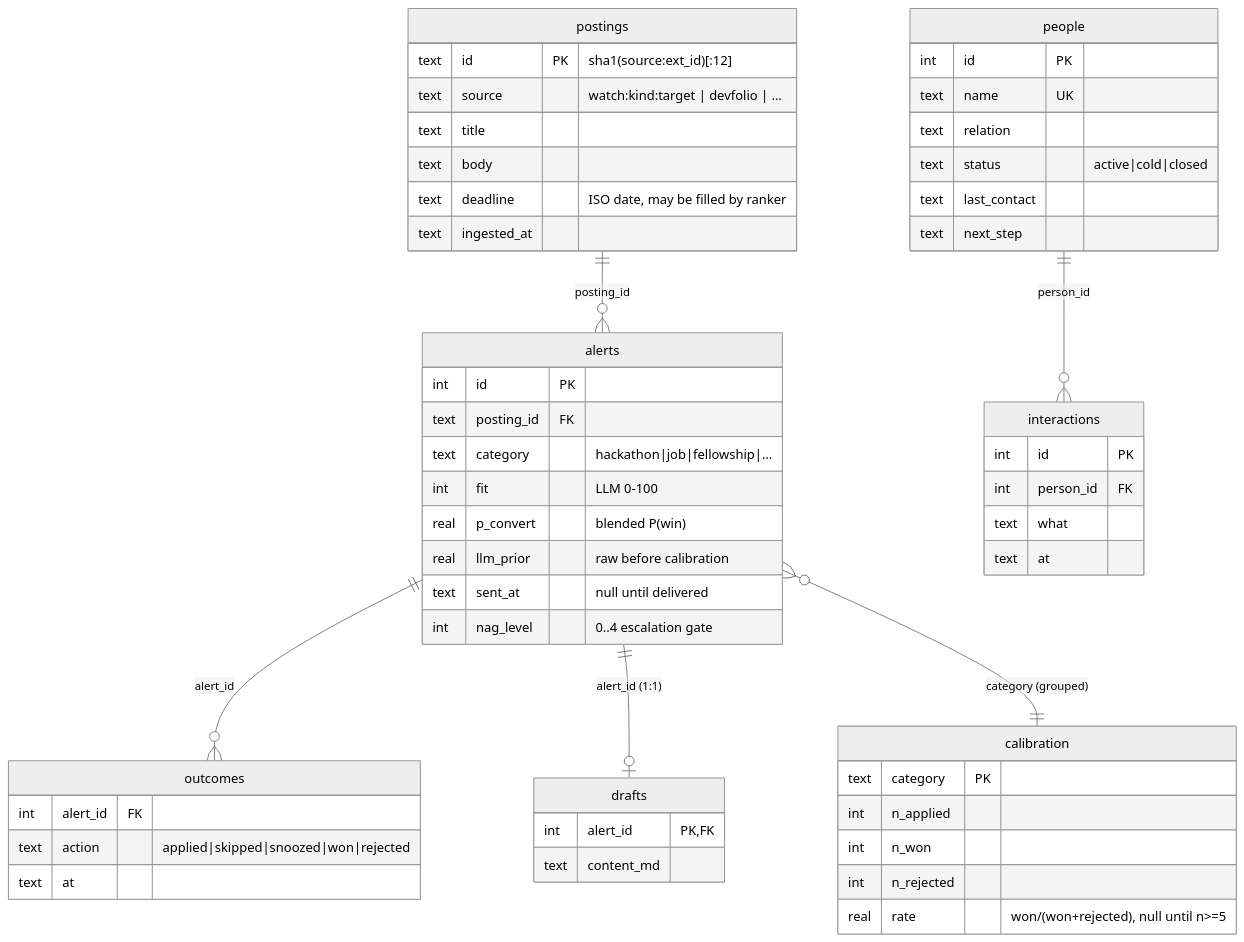
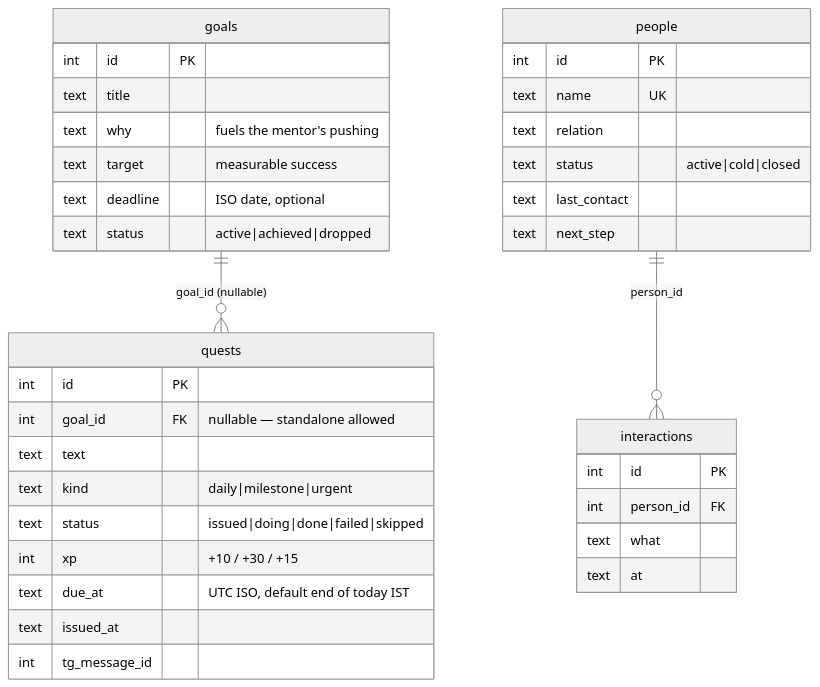
One commit to saquibjawedbit/grabber changed the second of 2 diagrams in docs/02-data-model.md. Above: the diagram before and after it, drawn with Mermaid (neutral theme). The commit also changed other lines of this file and 25 other files, not shown here.

````diff
--- a/docs/02-data-model.md
+++ b/docs/02-data-model.md
@@ -37,57 +48,39 @@
 ```mermaid
 erDiagram
-  postings   ||--o{ alerts       : "posting_id"
-  alerts     ||--o{ outcomes     : "alert_id"
-  alerts     ||--o| drafts       : "alert_id (1:1)"
-  alerts     }o--|| calibration  : "category (grouped)"
+  goals      ||--o{ quests       : "goal_id (nullable)"
   people     ||--o{ interactions : "person_id"
 
-  postings {
-    text id PK "sha1(source:ext_id)[:12]"
-    text source "watch:kind:target | devfolio | …"
+  goals {
+    int id PK
     text title
-    text body
-    text deadline "ISO date, may be filled by ranker"
-    text ingested_at
+    text why "fuels the mentor's pushing"
+    text target "measurable success"
+    text deadline "ISO date, optional"
+    text status "active|achieved|dropped"
   }
-  alerts {
+  quests {
     int id PK
-    text posting_id FK
-    text category "hackathon|job|fellowship|…"
-    int fit "LLM 0-100"
-    real p_convert "blended P(win)"
-    real llm_prior "raw before calibration"
-    text sent_at "null until delivered"
-    int nag_level "0..4 escalation gate"
-  }
-  outcomes {
-    int alert_id FK
-    text action "applied|skipped|snoozed|won|rejected"
-    text at
-  }
-  drafts {
-    int alert_id PK,FK
-    text content_md
-  }
-  calibration {
-    text category PK
-    int n_applied
-    int n_won
-    int n_rejected
-    real rate "won/(won+rejected), null until n>=5"
+    int goal_id FK "nullable — standalone allowed"
+    text text
+    text kind "daily|milestone|urgent"
+    text status "issued|doing|done|failed|skipped"
+    int xp "+10 / +30 / +15"
+    text due_at "UTC ISO, default end of today IST"
+    text issued_at
+    int tg_message_id
   }
   people {
     int id PK
     text name UK
     text relation
     text status "active|cold|closed"
     text last_contact
     text next_step
   }
   interactions {
     int id PK
     int person_id FK
     text what
     text at
   }
 ```
````
